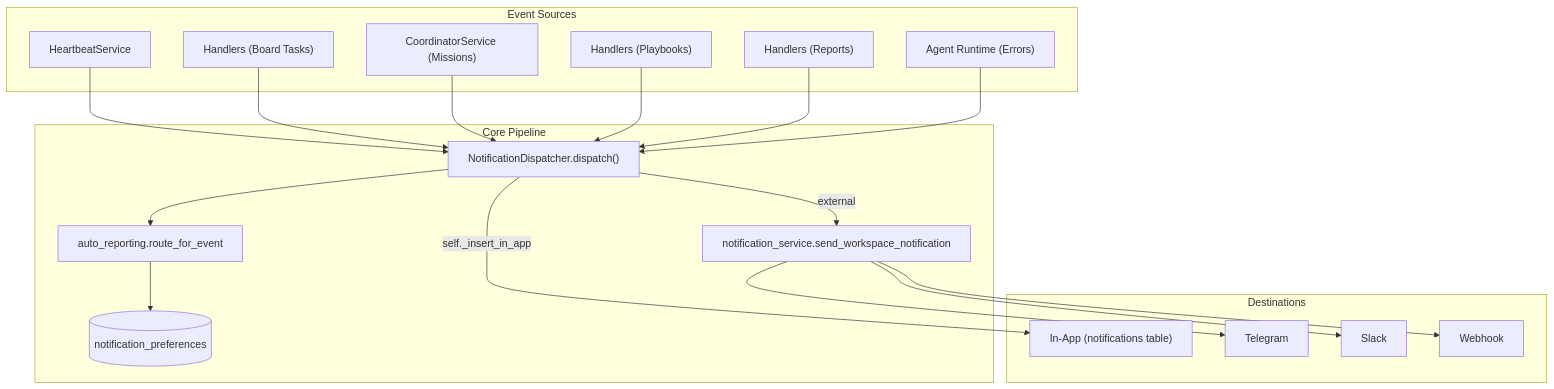
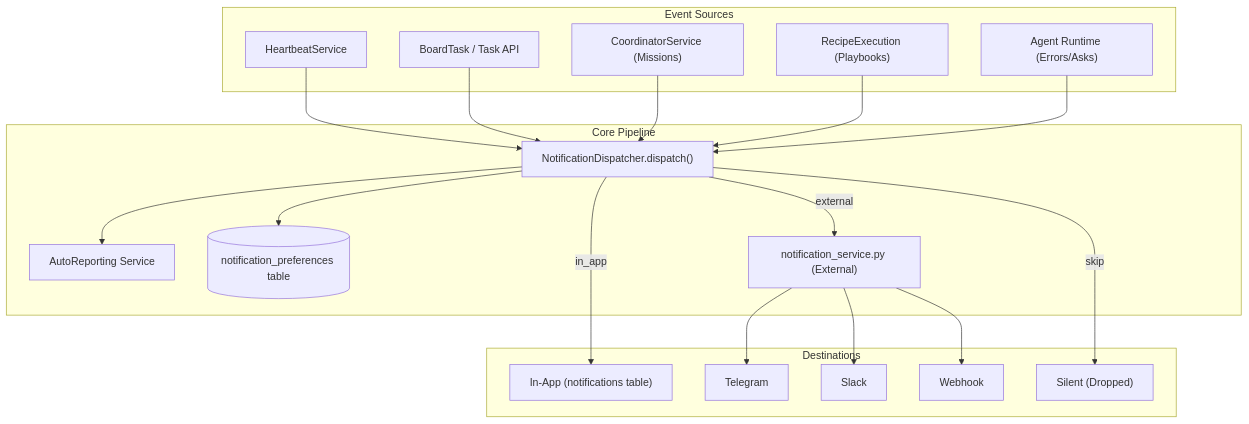
One commit to AutomatosAI/automatos-ai changed the diagram in docs/unified-notification-system/_index.md. Above: the diagram before and after it, drawn with Mermaid. The commit also changed other lines of this file and 191 other files, not shown here.

````diff
--- a/docs/unified-notification-system/_index.md
+++ b/docs/unified-notification-system/_index.md
@@ -35,32 +36,33 @@
 ```mermaid
 graph TD
     subgraph "Event Sources"
         H["HeartbeatService"]
-        T["Handlers (Board Tasks)"]
+        T["BoardTask / Task API"]
         M["CoordinatorService (Missions)"]
-        P["Handlers (Playbooks)"]
-        R["Handlers (Reports)"]
-        AE["Agent Runtime (Errors)"]
+        P["RecipeExecution (Playbooks)"]
+        A["Agent Runtime (Errors/Asks)"]
     end
 
     subgraph "Core Pipeline"
         ND["NotificationDispatcher.dispatch()"]
-        NP[("notification_preferences")]
-        NS["notification_service.send_workspace_notification"]
-        AR["auto_reporting.route_for_event"]
+        AR["AutoReporting Service"]
+        NP[("notification_preferences table")]
+        NS["notification_service.py (External)"]
     end
 
     subgraph "Destinations"
         IA["In-App (notifications table)"]
         TG["Telegram"]
         SL["Slack"]
         WH["Webhook"]
+        SI["Silent (Dropped)"]
     end
 
-    H & T & M & P & R & AE --> ND
+    H & T & M & P & A --> ND
     ND --> AR
-    AR --> NP
-    ND -- "self._insert_in_app" --> IA
+    ND --> NP
+    ND -- "in_app" --> IA
     ND -- "external" --> NS
+    ND -- "skip" --> SI
     NS --> TG & SL & WH
 ```
````
